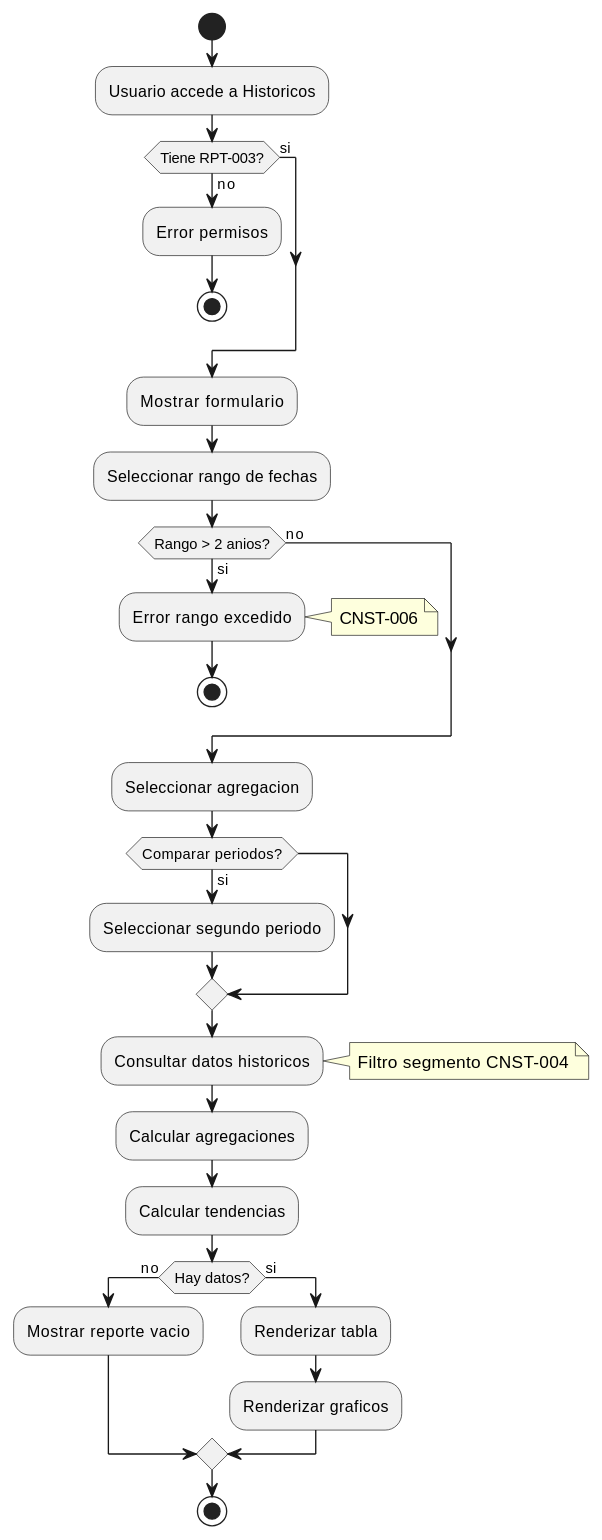
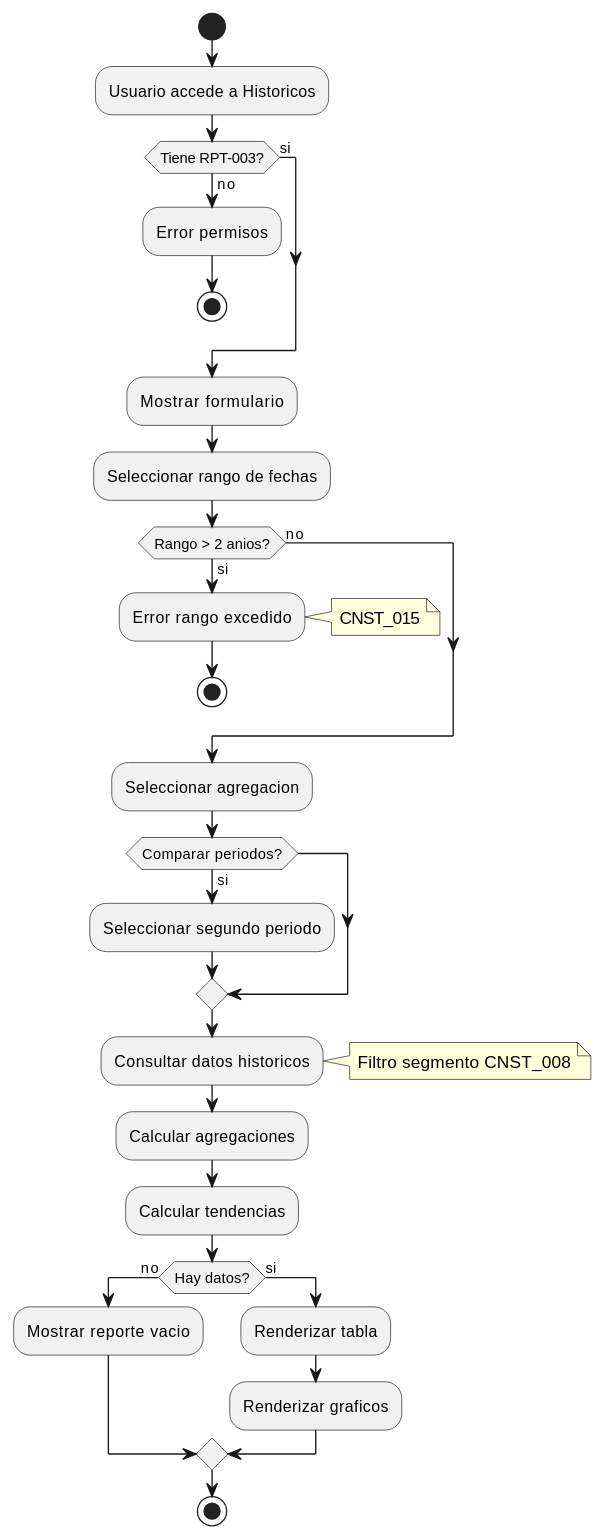
One commit to jcg-admin/IACT-docs changed the third of 3 diagrams in source/requisitos/casos_uso/reports/UC_RPT_03_Ver_Reportes_Historicos.rst. Above: the diagram before and after it, drawn with PlantUML. The commit also changed other lines of this file and 67 other files, not shown here.

```diff
--- a/source/requisitos/casos_uso/reports/UC_RPT_03_Ver_Reportes_Historicos.rst
+++ b/source/requisitos/casos_uso/reports/UC_RPT_03_Ver_Reportes_Historicos.rst
@@ -290,44 +290,44 @@
 .. uml::
    :caption: Diagrama de Actividad - UC_RPT_03
 
    @startuml
    start
    :Usuario accede a Historicos;
 
    if (Tiene RPT-003?) then (no)
      :Error permisos;
      stop
    else (si)
    endif
 
    :Mostrar formulario;
    :Seleccionar rango de fechas;
 
    if (Rango > 2 anios?) then (si)
      :Error rango excedido;
-     note right: CNST-006
+     note right: CNST_015
      stop
    else (no)
    endif
 
    :Seleccionar agregacion;
 
    if (Comparar periodos?) then (si)
      :Seleccionar segundo periodo;
    endif
 
    :Consultar datos historicos;
-   note right: Filtro segmento CNST-004
+   note right: Filtro segmento CNST_008
 
    :Calcular agregaciones;
    :Calcular tendencias;
 
    if (Hay datos?) then (no)
      :Mostrar reporte vacio;
    else (si)
      :Renderizar tabla;
      :Renderizar graficos;
    endif
 
    stop
    @enduml
```
